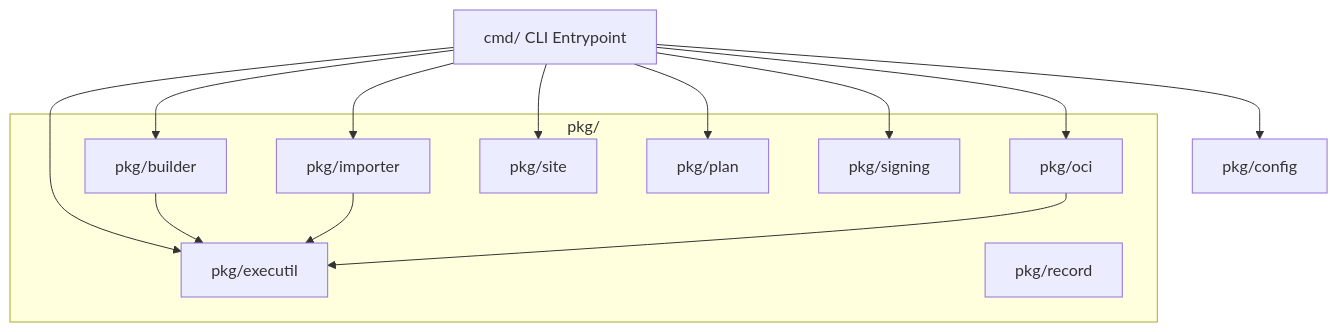
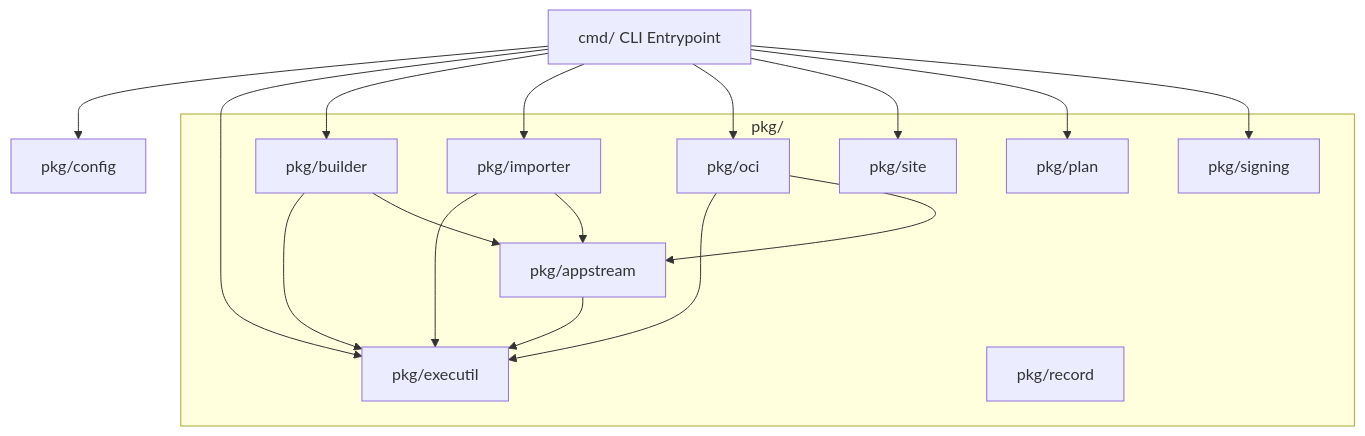
One commit to aetherpak/cli changed the diagram in ARCHITECTURE.md. Above: the diagram before and after it, drawn with Mermaid. The commit also changed other lines of this file and 22 other files, not shown here.

````diff
--- a/ARCHITECTURE.md
+++ b/ARCHITECTURE.md
@@ -13,22 +13,26 @@
 ```mermaid
 graph TD
     CLI[cmd/ CLI Entrypoint] --> Config[pkg/config]
     CLI --> Executor[pkg/executil]
 
     subgraph Core Logic [pkg/]
         Builder[pkg/builder] --> Executor
         Importer[pkg/importer] --> Executor
         OCI[pkg/oci] --> Executor
+        AppStream[pkg/appstream] --> Executor
         Site[pkg/site]
         Plan[pkg/plan]
         Signing[pkg/signing]
         Record[pkg/record]
     end
 
+    Builder --> AppStream
+    Importer --> AppStream
+    OCI --> AppStream
     CLI --> Builder
     CLI --> Importer
     CLI --> OCI
     CLI --> Site
     CLI --> Plan
     CLI --> Signing
 ```
````
